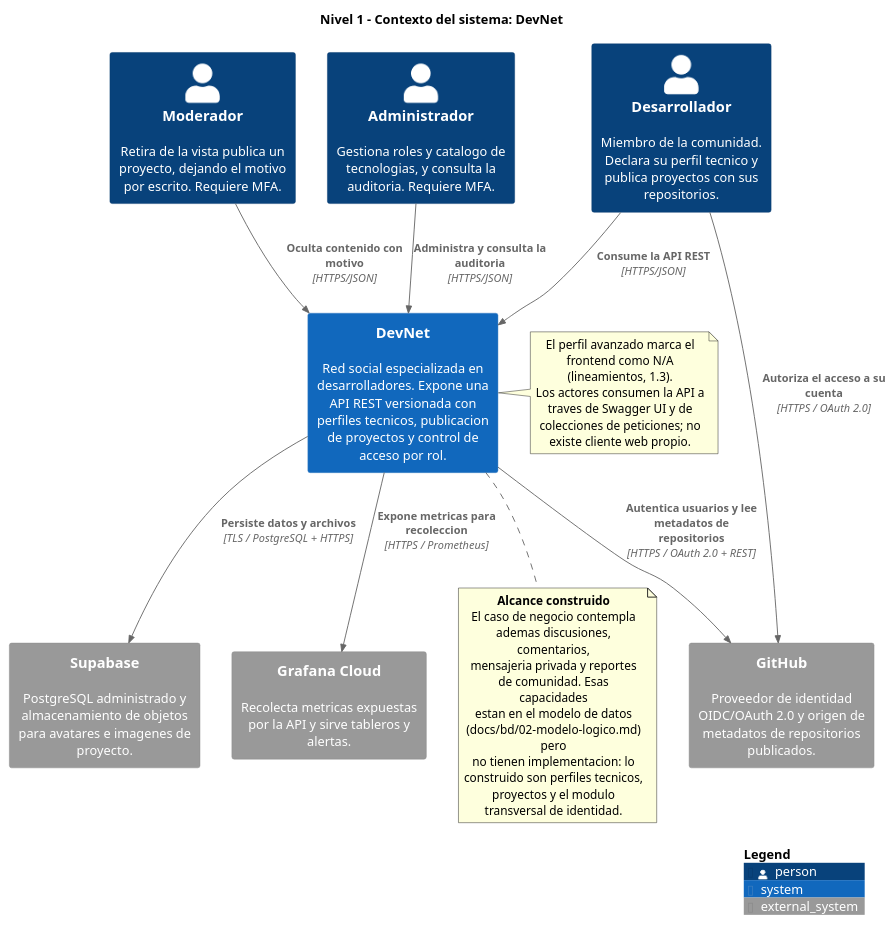
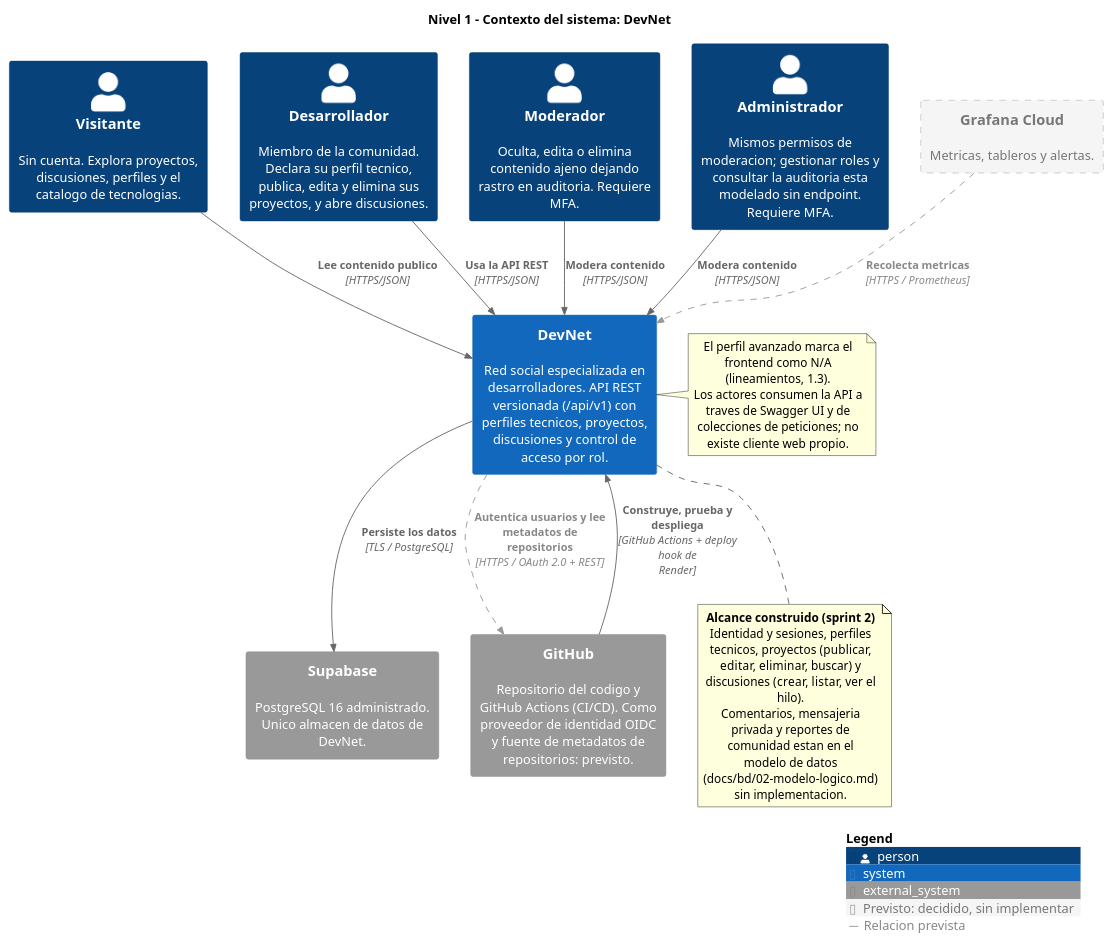
One commit to EAP02/EAP02-Back changed the diagram in docs/arquitectura/c4-01-contexto.puml. Above: the diagram before and after it, drawn with PlantUML. The commit also changed 3 other files, not shown here.

Commit message:
Diagramas de despliegue y C4 alineados con lo desplegado; lo previsto, marcado

```diff
--- a/docs/arquitectura/c4-01-contexto.puml
+++ b/docs/arquitectura/c4-01-contexto.puml
@@ -1,45 +1,55 @@
 @startuml c4-01-contexto
 ' DevNet - Red Social para Desarrolladores
 ' C4 Nivel 1: Diagrama de Contexto del Sistema
+'
+' §4.1: los diagramas deben coincidir con el codigo y la infraestructura desplegada.
+' Lo que esta decidido pero aun no existe se dibuja con borde discontinuo y la etiqueta
+' "previsto": se conserva la vision (ADR-004) sin presentarla como funcionando.
+' Revisado en el sprint 2.
+'
 ' Sin conexion a internet, reemplazar el include por: !include <C4/C4_Context>
 !include https://raw.githubusercontent.com/plantuml-stdlib/C4-PlantUML/master/C4_Context.puml
 
+AddElementTag("previsto", $fontColor="#777777", $borderColor="#999999", $bgColor="#F5F5F5", $borderStyle=DashedLine(), $legendText="Previsto: decidido, sin implementar")
+AddRelTag("previsto", $textColor="#888888", $lineColor="#999999", $lineStyle=DashedLine(), $legendText="Relacion prevista")
+
 title Nivel 1 - Contexto del sistema: DevNet
 
-Person(desarrollador, "Desarrollador", "Miembro de la comunidad. Declara su perfil tecnico y publica proyectos con sus repositorios.")
-Person(moderador, "Moderador", "Retira de la vista publica un proyecto, dejando el motivo por escrito. Requiere MFA.")
-Person(administrador, "Administrador", "Gestiona roles y catalogo de tecnologias, y consulta la auditoria. Requiere MFA.")
+Person(visitante, "Visitante", "Sin cuenta. Explora proyectos, discusiones, perfiles y el catalogo de tecnologias.")
+Person(desarrollador, "Desarrollador", "Miembro de la comunidad. Declara su perfil tecnico, publica, edita y elimina sus proyectos, y abre discusiones.")
+Person(moderador, "Moderador", "Oculta, edita o elimina contenido ajeno dejando rastro en auditoria. Requiere MFA.")
+Person(administrador, "Administrador", "Mismos permisos de moderacion; gestionar roles y consultar la auditoria esta modelado sin endpoint. Requiere MFA.")
 
-System(devnet, "DevNet", "Red social especializada en desarrolladores. Expone una API REST versionada con perfiles tecnicos, publicacion de proyectos y control de acceso por rol.")
+System(devnet, "DevNet", "Red social especializada en desarrolladores. API REST versionada (/api/v1) con perfiles tecnicos, proyectos, discusiones y control de acceso por rol.")
 
-System_Ext(github, "GitHub", "Proveedor de identidad OIDC/OAuth 2.0 y origen de metadatos de repositorios publicados.")
-System_Ext(supabase, "Supabase", "PostgreSQL administrado y almacenamiento de objetos para avatares e imagenes de proyecto.")
-System_Ext(observabilidad, "Grafana Cloud", "Recolecta metricas expuestas por la API y sirve tableros y alertas.")
+System_Ext(supabase, "Supabase", "PostgreSQL 16 administrado. Unico almacen de datos de DevNet.")
+System_Ext(github, "GitHub", "Repositorio del codigo y GitHub Actions (CI/CD). Como proveedor de identidad OIDC y fuente de metadatos de repositorios: previsto.")
+System_Ext(observabilidad, "Grafana Cloud", "Metricas, tableros y alertas.", $tags="previsto")
 
-Rel(desarrollador, devnet, "Consume la API REST", "HTTPS/JSON")
-Rel(moderador, devnet, "Oculta contenido con motivo", "HTTPS/JSON")
-Rel(administrador, devnet, "Administra y consulta la auditoria", "HTTPS/JSON")
+Rel(visitante, devnet, "Lee contenido publico", "HTTPS/JSON")
+Rel(desarrollador, devnet, "Usa la API REST", "HTTPS/JSON")
+Rel(moderador, devnet, "Modera contenido", "HTTPS/JSON")
+Rel(administrador, devnet, "Modera contenido", "HTTPS/JSON")
 
-Rel(devnet, github, "Autentica usuarios y lee metadatos de repositorios", "HTTPS / OAuth 2.0 + REST")
-Rel(desarrollador, github, "Autoriza el acceso a su cuenta", "HTTPS / OAuth 2.0")
-Rel(devnet, supabase, "Persiste datos y archivos", "TLS / PostgreSQL + HTTPS")
-Rel(devnet, observabilidad, "Expone metricas para recoleccion", "HTTPS / Prometheus")
+Rel(devnet, supabase, "Persiste los datos", "TLS / PostgreSQL")
+Rel(github, devnet, "Construye, prueba y despliega", "GitHub Actions + deploy hook de Render")
+Rel(devnet, github, "Autentica usuarios y lee metadatos de repositorios", "HTTPS / OAuth 2.0 + REST", $tags="previsto")
+Rel(observabilidad, devnet, "Recolecta metricas", "HTTPS / Prometheus", $tags="previsto")
 
 SHOW_LEGEND()
 
 note right of devnet
   El perfil avanzado marca el frontend como N/A (lineamientos, 1.3).
   Los actores consumen la API a traves de Swagger UI y de
   colecciones de peticiones; no existe cliente web propio.
 end note
 
 note bottom of devnet
-  <b>Alcance construido</b>
-  El caso de negocio contempla ademas discusiones, comentarios,
-  mensajeria privada y reportes de comunidad. Esas capacidades
-  estan en el modelo de datos (docs/bd/02-modelo-logico.md) pero
-  no tienen implementacion: lo construido son perfiles tecnicos,
-  proyectos y el modulo transversal de identidad.
+  <b>Alcance construido (sprint 2)</b>
+  Identidad y sesiones, perfiles tecnicos, proyectos (publicar,
+  editar, eliminar, buscar) y discusiones (crear, listar, ver el hilo).
+  Comentarios, mensajeria privada y reportes de comunidad estan en el
+  modelo de datos (docs/bd/02-modelo-logico.md) sin implementacion.
 end note
 
 @enduml
```
